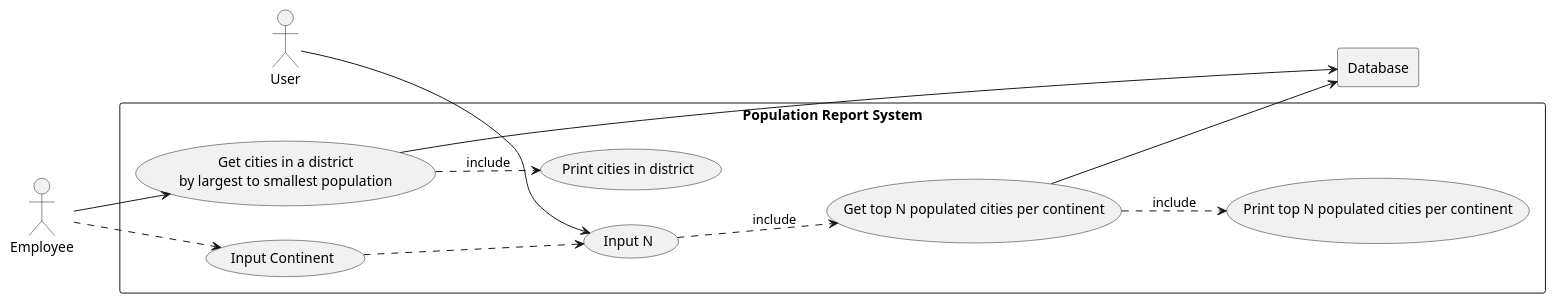
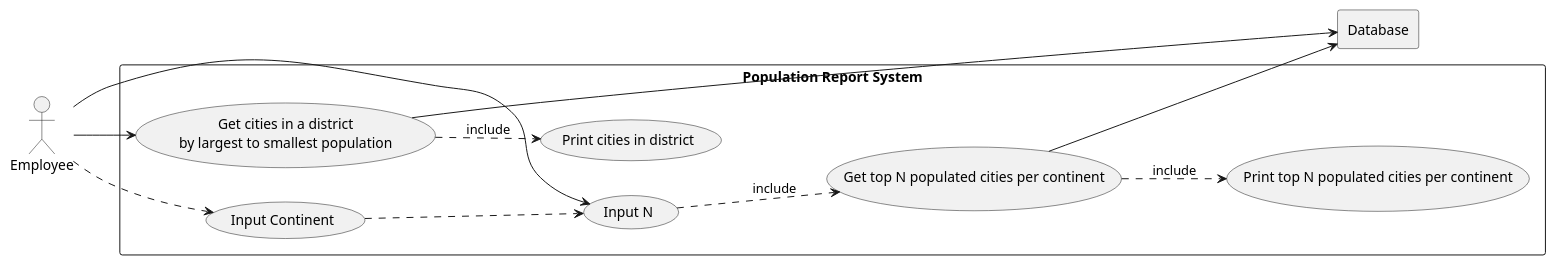
Before and after one commit to KelvinPompey-40718390/sem-project-group6: the diagram in use-cases/Population Report System.puml, drawn with PlantUML.

Commit message:
Removed unnecessary actor from diagram

```diff
--- a/use-cases/Population Report System.puml
+++ b/use-cases/Population Report System.puml
@@ -1,34 +1,32 @@
 @startuml
 left to right direction
 actor E as "Employee"
-
-actor U as "User"
 
 rectangle "Population Report System" {
     usecase UC11 as "Get cities in a district
     by largest to smallest population"
 
     usecase UC11a as "Print cities in district"
 
     usecase UC13 as "Get top N populated cities per continent"
 
     usecase UC13b as "Input N"
     usecase UC13c as "Input Continent"
     usecase UC13a as "Print top N populated cities per continent"
 }
 rectangle Database
 
 E --> UC11
 UC11 ..> UC11a : include
 UC11 --> Database
 
-U --> UC13b
+E --> UC13b
 E ..> UC13c
 UC13c ..> UC13b
 UC13b ..> UC13 : include
 
 UC13 ..> UC13a : include
 UC13 --> Database
 
 
 @enduml
```
